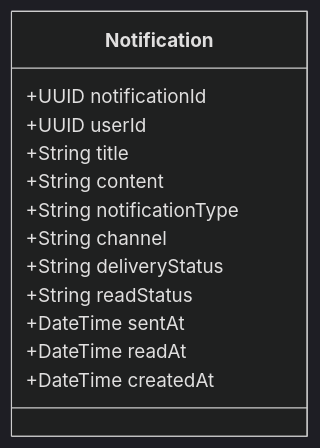
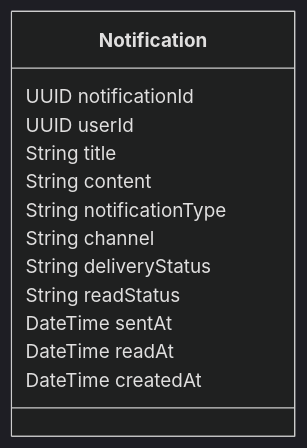
Diagram 20 of 29 in Microservice_Design.md (Phamha0601/23680571_PhamThiThuHa_CabSystem), drawn with Mermaid (dark theme) before and after one commit. The commit also changed other lines of this file, not shown here.

````diff
--- a/Microservice_Design.md
+++ b/Microservice_Design.md
@@ -1236,17 +1227,16 @@
 ```mermaid
 classDiagram
-
     class Notification {
-        +UUID notificationId
-        +UUID userId
-        +String title
-        +String content
-        +String notificationType
-        +String channel
-        +String deliveryStatus
-        +String readStatus
-        +DateTime sentAt
-        +DateTime readAt
-        +DateTime createdAt
+        UUID notificationId
+        UUID userId
+        String title
+        String content
+        String notificationType
+        String channel
+        String deliveryStatus
+        String readStatus
+        DateTime sentAt
+        DateTime readAt
+        DateTime createdAt
     }
 ```
````
